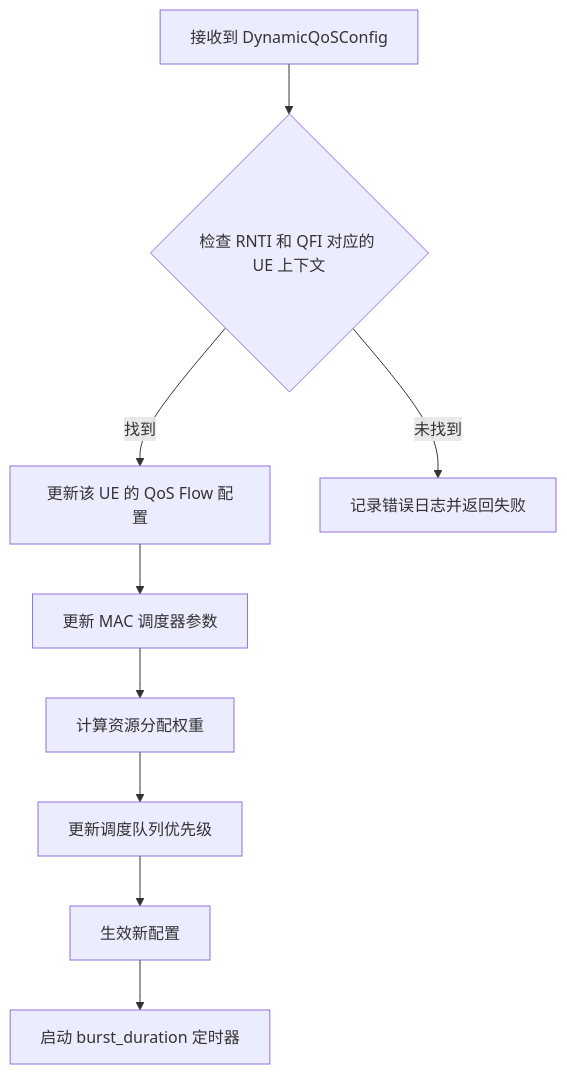
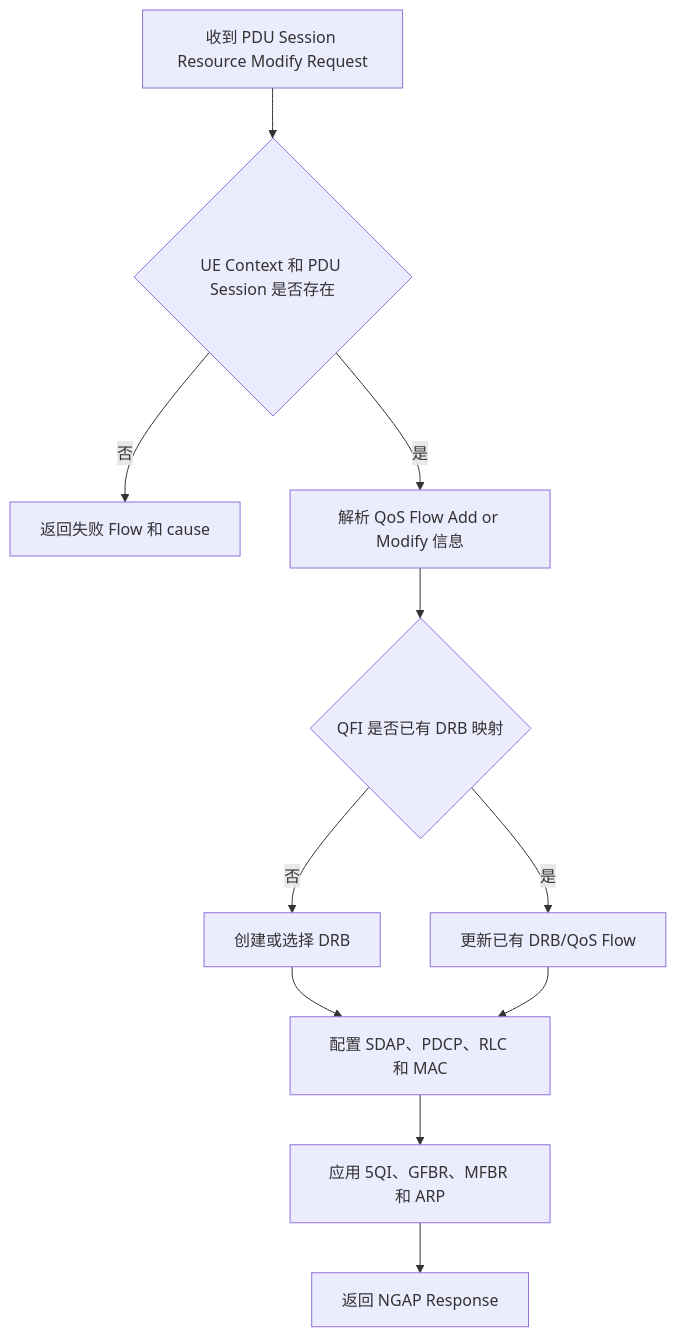
Before and after one commit to acore2026/QoSModule: the second of 2 diagrams in 基站侧随路QoS需求文档.md, drawn with Mermaid. The commit also changed other lines of this file and 19 other files, not shown here.

````diff
--- a/基站侧随路QoS需求文档.md
+++ b/基站侧随路QoS需求文档.md
@@ -276,11 +104,13 @@
 ```mermaid
 flowchart TD
-    A[接收到 DynamicQoSConfig] --> B{检查 RNTI 和 QFI 对应的 UE 上下文}
-    B -->|找到| C[更新该 UE 的 QoS Flow 配置]
-    B -->|未找到| D[记录错误日志并返回失败]
-    C --> E[更新 MAC 调度器参数]
-    E --> F[计算资源分配权重]
-    F --> G[更新调度队列优先级]
-    G --> H[生效新配置]
-    H --> I[启动 burst_duration 定时器]
+    A[收到 PDU Session Resource Modify Request] --> B{UE Context 和 PDU Session 是否存在}
+    B -->|否| X[返回失败 Flow 和 cause]
+    B -->|是| C[解析 QoS Flow Add or Modify 信息]
+    C --> D{QFI 是否已有 DRB 映射}
+    D -->|否| E[创建或选择 DRB]
+    D -->|是| F[更新已有 DRB/QoS Flow]
+    E --> G[配置 SDAP、PDCP、RLC 和 MAC]
+    F --> G
+    G --> H[应用 5QI、GFBR、MFBR 和 ARP]
+    H --> I[返回 NGAP Response]
 ```
````
